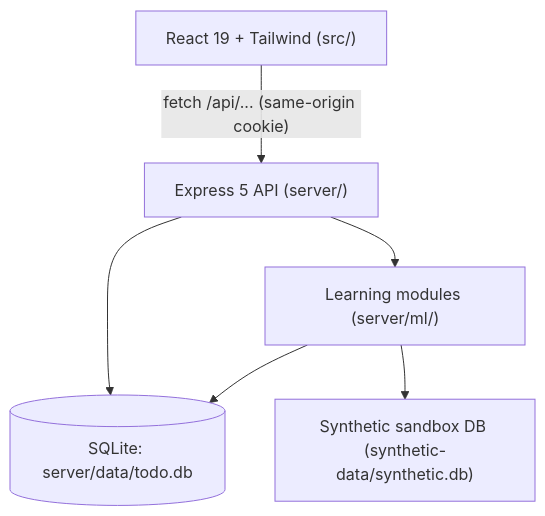
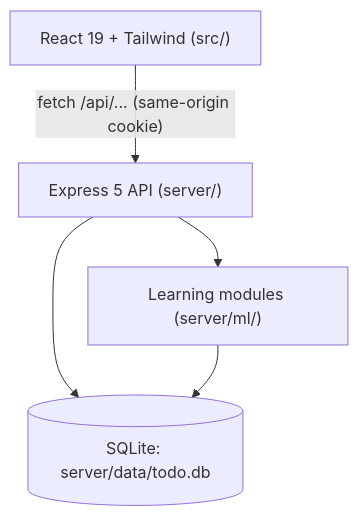
The first of 4 diagrams in docs/architecture.md (akashjatwala/To-Do-List), drawn with Mermaid before and after one commit. The commit also changed other lines of this file and 67 other files, not shown here.

First line of the commit message:
Remove synthetic data; move Add task composer above Off days; update docs

````diff
--- a/docs/architecture.md
+++ b/docs/architecture.md
@@ -17,8 +16,7 @@
 ```mermaid
 flowchart TD
   UI["React 19 + Tailwind (src/)"] -->|"fetch /api/... (same-origin cookie)"| API["Express 5 API (server/)"]
   API --> DB[("SQLite: server/data/todo.db")]
   API --> ML["Learning modules (server/ml/)"]
   ML --> DB
-  ML --> SYN["Synthetic sandbox DB (synthetic-data/synthetic.db)"]
 ```
````
